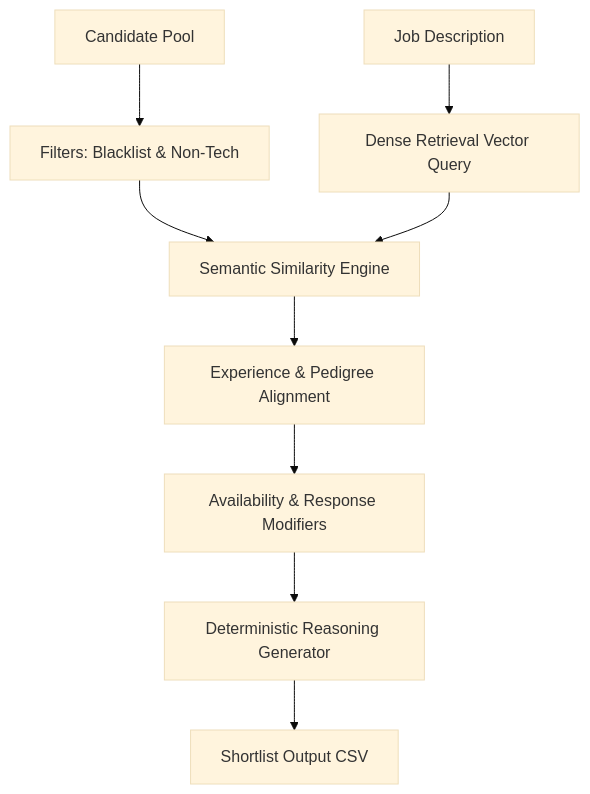
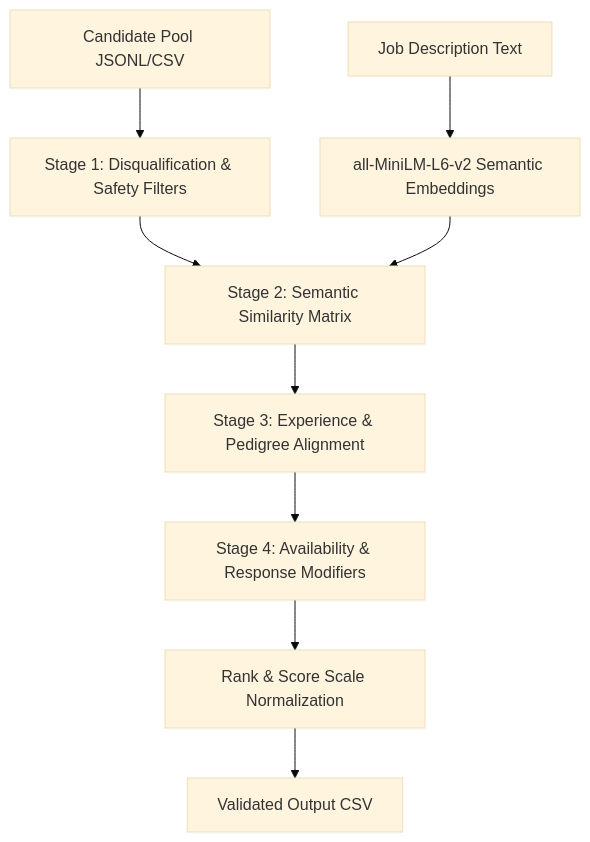
One commit to Shiva132007/candidate-shortlister changed the diagram in README.md. Above: the diagram before and after it, drawn with Mermaid (base theme). The commit also changed other lines of this file, not shown here.

Commit message:
Update README.md with comprehensive architecture, scoring details, and API documentation

````diff
--- a/README.md
+++ b/README.md
@@ -9,11 +22,11 @@
 ```mermaid
 graph TD
-    A[Job Description] --> B[Dense Retrieval Vector Query]
-    C[Candidate Pool] --> D[Filters: Blacklist & Non-Tech]
-    D --> E[Semantic Similarity Engine]
+    A[Job Description Text] --> B[all-MiniLM-L6-v2 Semantic Embeddings]
+    C[Candidate Pool JSONL/CSV] --> D[Stage 1: Disqualification & Safety Filters]
+    D --> E[Stage 2: Semantic Similarity Matrix]
     B --> E
-    E --> F[Experience & Pedigree Alignment]
-    F --> G[Availability & Response Modifiers]
-    G --> H[Deterministic Reasoning Generator]
-    H --> I[Shortlist Output CSV]
+    E --> F[Stage 3: Experience & Pedigree Alignment]
+    F --> G[Stage 4: Availability & Response Modifiers]
+    G --> H[Rank & Score Scale Normalization]
+    H --> I[Validated Output CSV]
 ```
````
